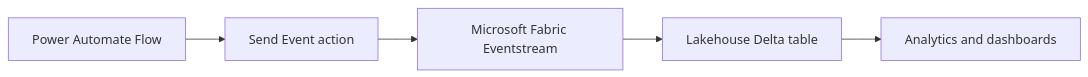
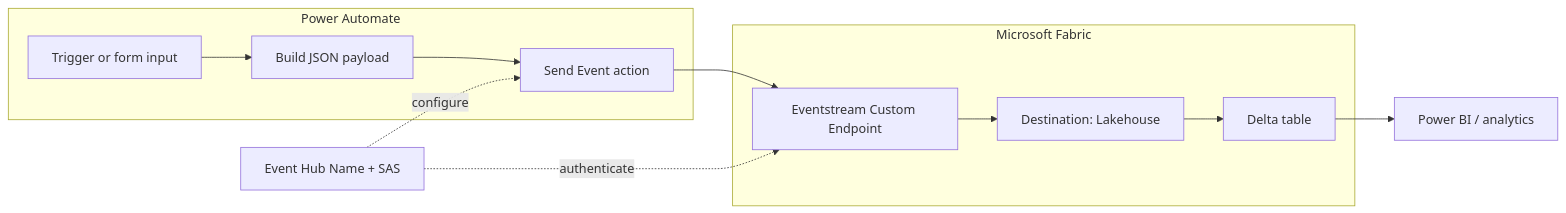
The diagram in README.md (punyaa18/Power-Automate-to-Microsoft-Fabric-integration), drawn with Mermaid before and after one commit.

Commit message:
added flowchart

````diff
--- a/README.md
+++ b/README.md
@@ -13,7 +13,21 @@
 ```mermaid
 flowchart LR
-  A[Power Automate Flow] --> B[Send Event action]
-  B --> C[Microsoft Fabric Eventstream]
-  C --> D[Lakehouse Delta table]
-  D --> E[Analytics and dashboards]
+  subgraph PA[Power Automate]
+    A1[Trigger or form input] --> A2[Build JSON payload]
+    A2 --> A3[Send Event action]
+  end
+
+  subgraph FAB[Microsoft Fabric]
+    B1[Eventstream Custom Endpoint]
+    B2[Destination: Lakehouse]
+    B3[Delta table]
+  end
+
+  A3 --> B1
+  B1 --> B2 --> B3
+
+  C1[Event Hub Name + SAS] -. configure .-> A3
+  C1 -. authenticate .-> B1
+
+  B3 --> D1[Power BI / analytics]
 ```
````
